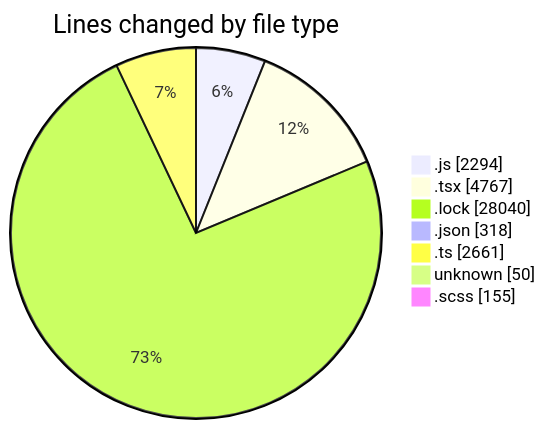
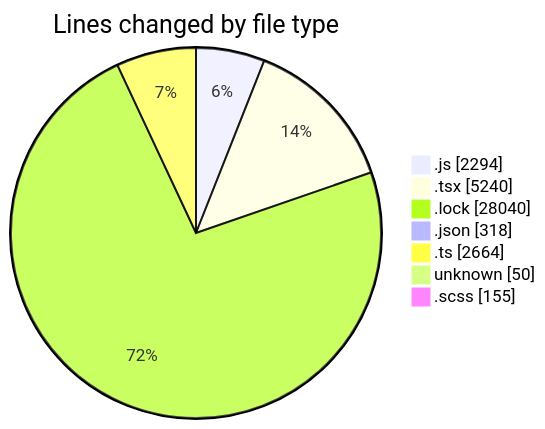
One commit to momahboobian/code-tracking changed the first of 2 diagrams in 2026-06-16/cda/README.md. Above: the diagram before and after it, drawn with Mermaid. The commit also changed other lines of this file and 1 other file, not shown here.

````diff
--- a/2026-06-16/cda/README.md
+++ b/2026-06-16/cda/README.md
@@ -67,11 +70,11 @@
 ```mermaid
 pie showData
 title Lines changed by file type
 ".js" : 2294
-".tsx" : 4767
+".tsx" : 5240
 ".lock" : 28040
 ".json" : 318
-".ts" : 2661
+".ts" : 2664
 "unknown" : 50
 ".scss" : 155
 ```
````
